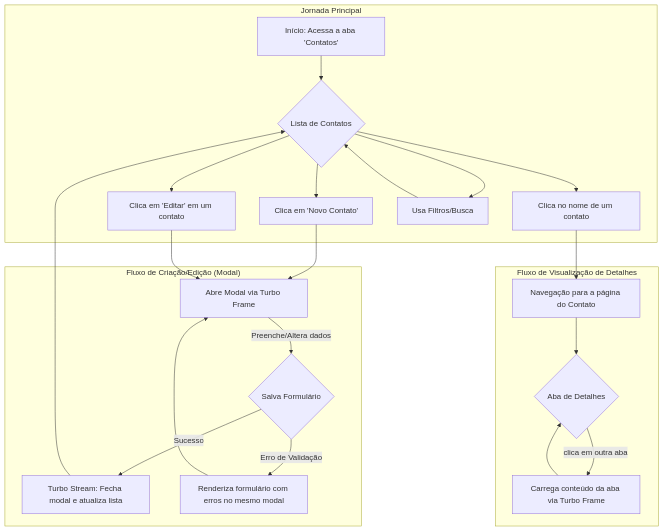
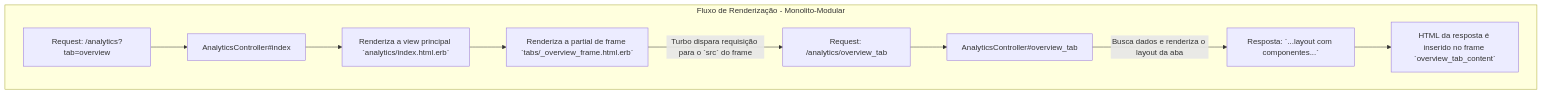
One commit to LAMP-LUCAS/foton_contacts changed the third of 3 diagrams in docs/views_architecture.md. Above: the diagram before and after it, drawn with Mermaid. The commit also changed other lines of this file and 171 other files, not shown here.

````diff
--- a/docs/views_architecture.md
+++ b/docs/views_architecture.md
@@ -62,29 +150,12 @@
 ```mermaid
 graph TD
-    subgraph "Jornada Principal"
-        A[Início: Acessa a aba 'Contatos'] --> B{Lista de Contatos};
-        B --> C[Clica em 'Novo Contato'];
-        B --> D[Clica em 'Editar' em um contato];
-        B --> E[Clica no nome de um contato];
-        B --> F[Usa Filtros/Busca];
-        F --> B;
+    subgraph "Fluxo de Renderização - Monolito-Modular"
+        A[Request: /analytics?tab=overview] --> B[AnalyticsController#index];
+        B --> C[Renderiza a view principal `analytics/index.html.erb`];
+        C --> D[Renderiza a partial de frame `tabs/_overview_frame.html.erb`];
+        D -- Turbo dispara requisição para o `src` do frame --> E[Request: /analytics/overview_tab];
+        E --> F[AnalyticsController#overview_tab];
+        F -- Busca dados e renderiza o layout da aba --> G[Resposta: `<turbo_frame id="overview_tab_content">...layout com componentes...</turbo_frame>`];
+        G --> H[HTML da resposta é inserido no frame `overview_tab_content`];
     end
-
-    subgraph "Fluxo de Criação/Edição (Modal)"
-        C --> G[Abre Modal via Turbo Frame];
-        D --> G;
-        G -- Preenche/Altera dados --> H{Salva Formulário};
-        H -- Sucesso --> I[Turbo Stream: Fecha modal e atualiza lista];
-        H -- Erro de Validação --> J[Renderiza formulário com erros no mesmo modal];
-        J --> G;
-    end
-
-    subgraph "Fluxo de Visualização de Detalhes"
-        E --> K[Navegação para a página do Contato];
-        K --> L{Aba de Detalhes};
-        L -- clica em outra aba --> M[Carrega conteúdo da aba via Turbo Frame];
-        M --> L;
-    end
-
-    I --> B;
 ```
````
